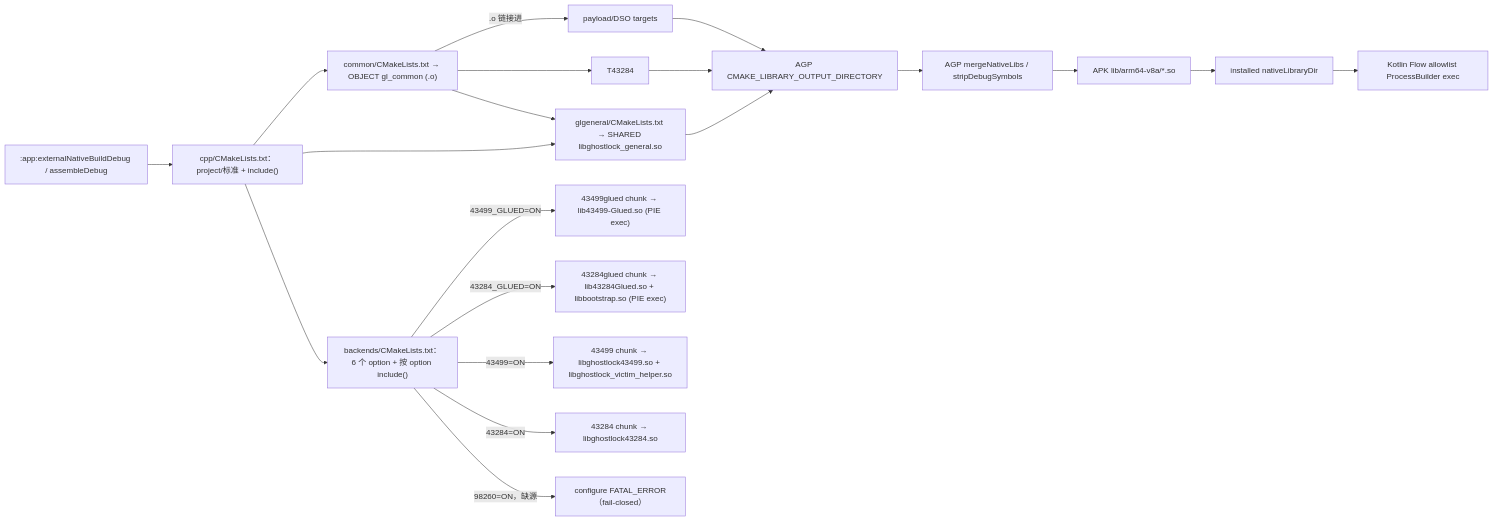
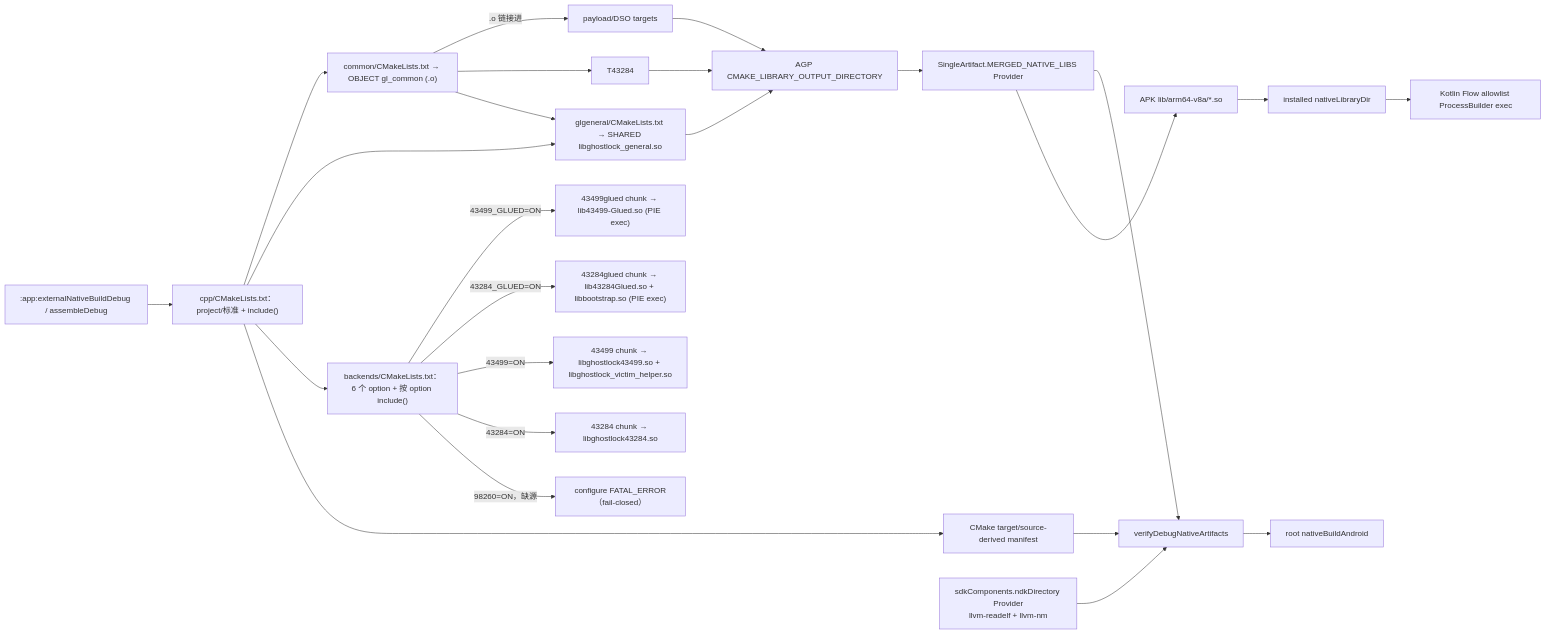
Before and after one commit to YuKongA/ghostlock-app: diagram 32 of 37 in docs/development/full-process-uml.md, drawn with Mermaid. The commit also changed other lines of this file and 98 other files, not shown here.

Commit message:
docs(project): record architecture and verification changes

````diff
--- a/docs/development/full-process-uml.md
+++ b/docs/development/full-process-uml.md
@@ -1082,22 +1084,27 @@
 ```mermaid
 flowchart LR
   GRADLE[":app:externalNativeBuildDebug / assembleDebug"] --> ROOT["cpp/CMakeLists.txt：project/标准 + include()"]
   ROOT --> COMMON["common/CMakeLists.txt → OBJECT gl_common (.o)"]
   ROOT --> GENERAL["glgeneral/CMakeLists.txt → SHARED libghostlock_general.so"]
   ROOT --> BACKENDS["backends/CMakeLists.txt：6 个 option + 按 option include()"]
   BACKENDS -->|43499_GLUED=ON| G43499["43499glued chunk → lib43499-Glued.so (PIE exec)"]
   BACKENDS -->|43284_GLUED=ON| G43284["43284glued chunk → lib43284Glued.so + libbootstrap.so (PIE exec)"]
   BACKENDS -->|43499=ON| O43499["43499 chunk → libghostlock43499.so + libghostlock_victim_helper.so"]
   BACKENDS -->|43284=ON| O43284["43284 chunk → libghostlock43284.so"]
   BACKENDS -->|98260=ON，缺源| FATAL["configure FATAL_ERROR（fail-closed）"]
   COMMON -->|.o 链接进| T43499["payload/DSO targets"]
   COMMON --> T43284
   COMMON --> GENERAL
+  ROOT --> MANIFEST["CMake target/source-derived manifest"]
   T43499 --> OUT["AGP CMAKE_LIBRARY_OUTPUT_DIRECTORY"]
   T43284 --> OUT
   GENERAL --> OUT
-  OUT --> MERGE["AGP mergeNativeLibs / stripDebugSymbols"]
+  OUT --> MERGE["SingleArtifact.MERGED_NATIVE_LIBS Provider"]
+  MANIFEST --> VERIFY["verifyDebugNativeArtifacts"]
+  MERGE --> VERIFY
+  NDK["sdkComponents.ndkDirectory Provider<br/>llvm-readelf + llvm-nm"] --> VERIFY
+  VERIFY --> ROOT_GATE["root nativeBuildAndroid"]
   MERGE --> APK["APK lib/arm64-v8a/*.so"]
   APK --> INSTALL["installed nativeLibraryDir"]
   INSTALL --> EXEC["Kotlin Flow allowlist ProcessBuilder exec"]
 ```
````
